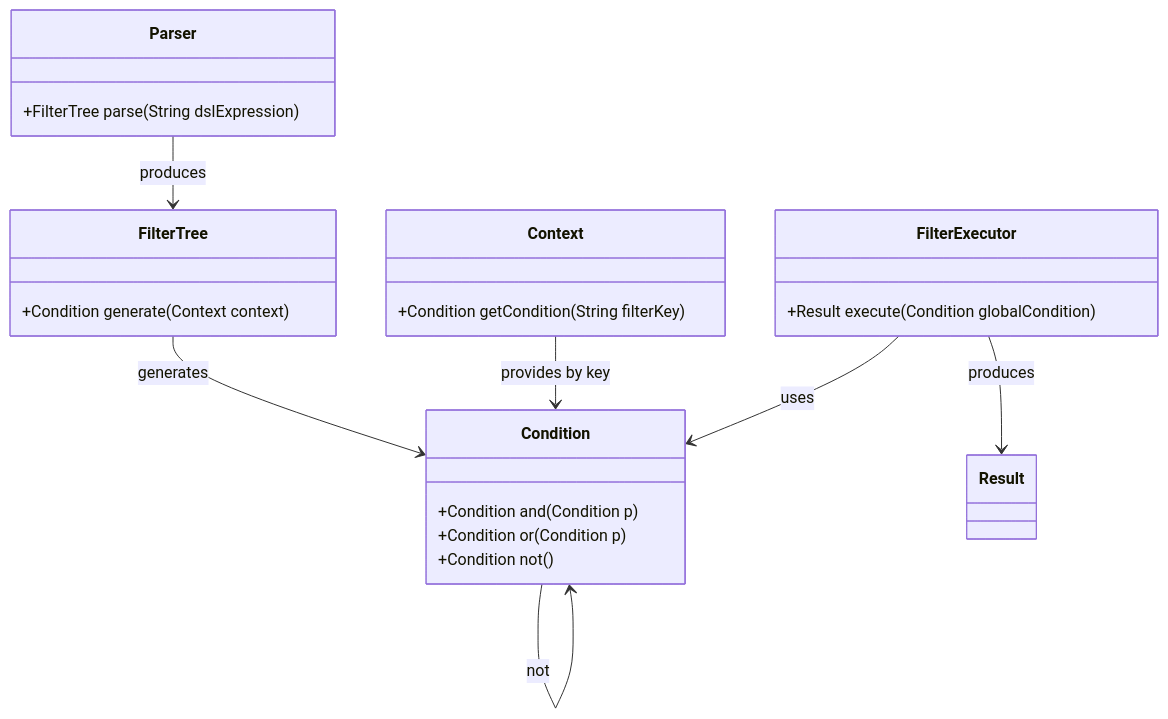
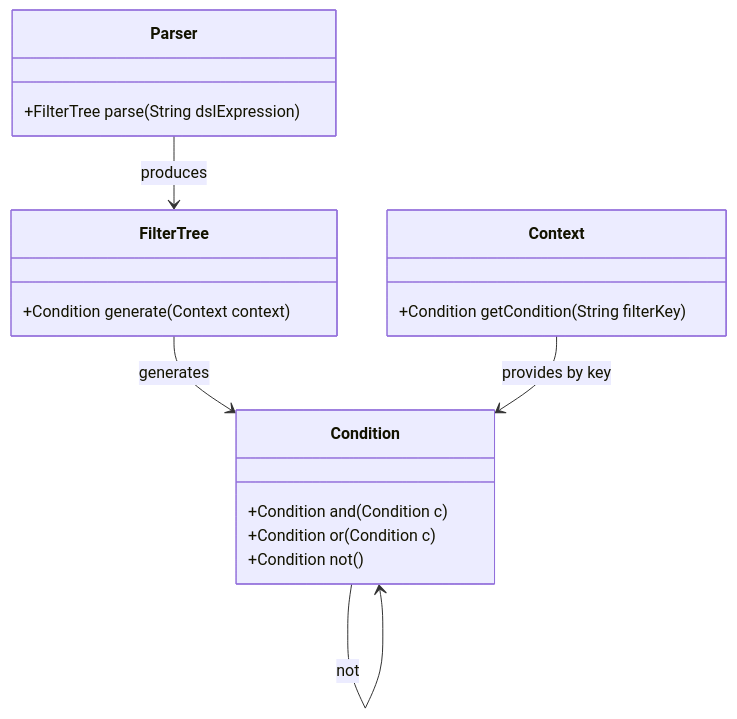
Before and after one commit to cyfko/filter-build: the diagram in docs/ARCHITECTURE.md, drawn with Mermaid. The commit also changed other lines of this file and 4 other files, not shown here.

Commit message:
(feat): removing FilterExecutor which add unecessary complexity to handle execution, pagination, sorting and transactions! All of these can be handled by strongly approved technique on existing frameworks or tools where this lib will be used in

````diff
--- a/docs/ARCHITECTURE.md
+++ b/docs/ARCHITECTURE.md
@@ -51,33 +51,27 @@
 ```mermaid
 classDiagram
     class Parser {
       +FilterTree parse(String dslExpression)
     }
 
     class FilterTree {
       +Condition generate(Context context)
     }
 
     class Context {
       +Condition getCondition(String filterKey)
     }
 
     class Condition {
-      +Condition and(Condition p)
-      +Condition or(Condition p)
+      +Condition and(Condition c)
+      +Condition or(Condition c)
       +Condition not()
-    }
-
-    class FilterExecutor {
-      +Result execute(Condition globalCondition)
     }
 
     Parser --> FilterTree : produces
     FilterTree --> Condition : generates
     Context --> Condition : provides by key
     Condition --> Condition : and
     Condition --> Condition : or
     Condition --> Condition : not
-    FilterExecutor --> Result : produces
-    FilterExecutor --> Condition : uses
 ```
````
